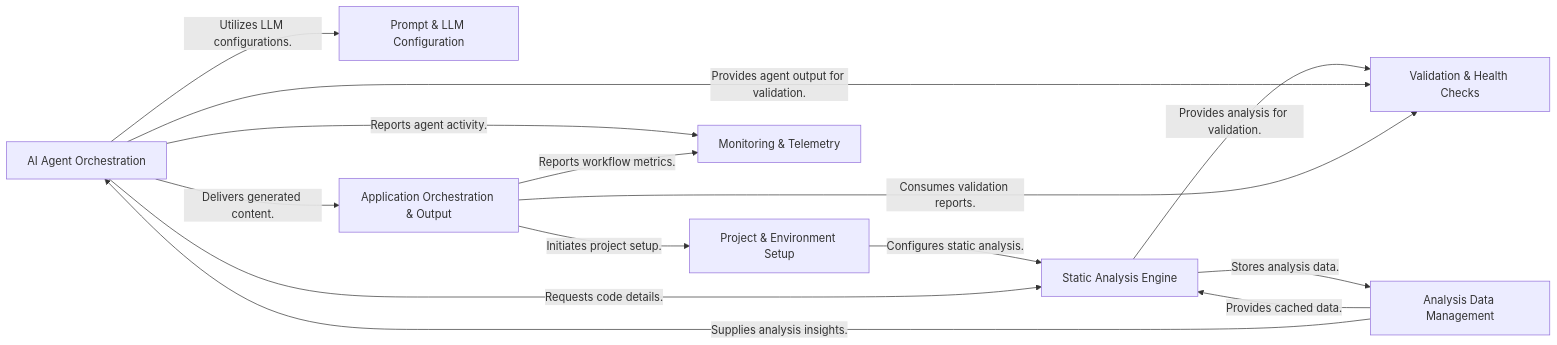
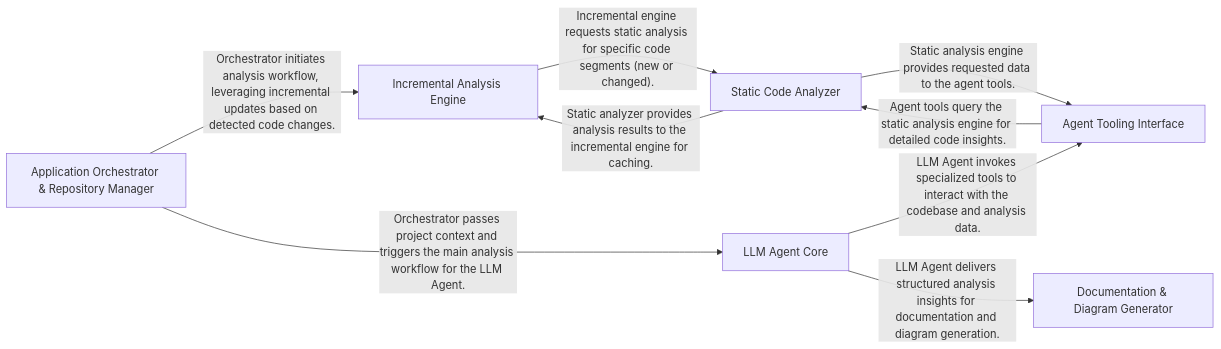
Before and after one commit to CodeBoarding/CodeBoarding: the diagram in .codeboarding/overview.md, drawn with Mermaid. The commit also changed other lines of this file and 40 other files, not shown here.

First line of the commit message:
docs: update codeboarding documentation

````diff
--- a/.codeboarding/overview.md
+++ b/.codeboarding/overview.md
@@ -1,32 +1,23 @@
 ```mermaid
 graph LR
-    AI_Agent_Orchestration["AI Agent Orchestration"]
-    Prompt_LLM_Configuration["Prompt & LLM Configuration"]
-    Static_Analysis_Engine["Static Analysis Engine"]
-    Analysis_Data_Management["Analysis Data Management"]
-    Project_Environment_Setup["Project & Environment Setup"]
-    Application_Orchestration_Output["Application Orchestration & Output"]
-    Validation_Health_Checks["Validation & Health Checks"]
-    Monitoring_Telemetry["Monitoring & Telemetry"]
-    Application_Orchestration_Output -- "Initiates project setup." --> Project_Environment_Setup
-    Project_Environment_Setup -- "Configures static analysis." --> Static_Analysis_Engine
-    Static_Analysis_Engine -- "Stores analysis data." --> Analysis_Data_Management
-    Analysis_Data_Management -- "Provides cached data." --> Static_Analysis_Engine
-    Analysis_Data_Management -- "Supplies analysis insights." --> AI_Agent_Orchestration
-    AI_Agent_Orchestration -- "Requests code details." --> Static_Analysis_Engine
-    AI_Agent_Orchestration -- "Utilizes LLM configurations." --> Prompt_LLM_Configuration
-    AI_Agent_Orchestration -- "Delivers generated content." --> Application_Orchestration_Output
-    Static_Analysis_Engine -- "Provides analysis for validation." --> Validation_Health_Checks
-    AI_Agent_Orchestration -- "Provides agent output for validation." --> Validation_Health_Checks
-    Application_Orchestration_Output -- "Consumes validation reports." --> Validation_Health_Checks
-    AI_Agent_Orchestration -- "Reports agent activity." --> Monitoring_Telemetry
-    Application_Orchestration_Output -- "Reports workflow metrics." --> Monitoring_Telemetry
-    click AI_Agent_Orchestration href "https://github.com/CodeBoarding/CodeBoarding/blob/main/.codeboarding/AI_Agent_Orchestration.md" "Details"
-    click Prompt_LLM_Configuration href "https://github.com/CodeBoarding/CodeBoarding/blob/main/.codeboarding/Prompt_LLM_Configuration.md" "Details"
-    click Static_Analysis_Engine href "https://github.com/CodeBoarding/CodeBoarding/blob/main/.codeboarding/Static_Analysis_Engine.md" "Details"
-    click Analysis_Data_Management href "https://github.com/CodeBoarding/CodeBoarding/blob/main/.codeboarding/Analysis_Data_Management.md" "Details"
-    click Project_Environment_Setup href "https://github.com/CodeBoarding/CodeBoarding/blob/main/.codeboarding/Project_Environment_Setup.md" "Details"
-    click Application_Orchestration_Output href "https://github.com/CodeBoarding/CodeBoarding/blob/main/.codeboarding/Application_Orchestration_Output.md" "Details"
-    click Validation_Health_Checks href "https://github.com/CodeBoarding/CodeBoarding/blob/main/.codeboarding/Validation_Health_Checks.md" "Details"
-    click Monitoring_Telemetry href "https://github.com/CodeBoarding/CodeBoarding/blob/main/.codeboarding/Monitoring_Telemetry.md" "Details"
+    Application_Orchestrator_Repository_Manager["Application Orchestrator & Repository Manager"]
+    LLM_Agent_Core["LLM Agent Core"]
+    Static_Code_Analyzer["Static Code Analyzer"]
+    Agent_Tooling_Interface["Agent Tooling Interface"]
+    Incremental_Analysis_Engine["Incremental Analysis Engine"]
+    Documentation_Diagram_Generator["Documentation & Diagram Generator"]
+    Application_Orchestrator_Repository_Manager -- "Orchestrator initiates analysis workflow, leveraging incremental updates based on detected code changes." --> Incremental_Analysis_Engine
+    Application_Orchestrator_Repository_Manager -- "Orchestrator passes project context and triggers the main analysis workflow for the LLM Agent." --> LLM_Agent_Core
+    Incremental_Analysis_Engine -- "Incremental engine requests static analysis for specific code segments (new or changed)." --> Static_Code_Analyzer
+    Static_Code_Analyzer -- "Static analyzer provides analysis results to the incremental engine for caching." --> Incremental_Analysis_Engine
+    LLM_Agent_Core -- "LLM Agent invokes specialized tools to interact with the codebase and analysis data." --> Agent_Tooling_Interface
+    Agent_Tooling_Interface -- "Agent tools query the static analysis engine for detailed code insights." --> Static_Code_Analyzer
+    Static_Code_Analyzer -- "Static analysis engine provides requested data to the agent tools." --> Agent_Tooling_Interface
+    LLM_Agent_Core -- "LLM Agent delivers structured analysis insights for documentation and diagram generation." --> Documentation_Diagram_Generator
+    click Application_Orchestrator_Repository_Manager href "https://github.com/CodeBoarding/CodeBoarding/blob/main/.codeboarding/Application_Orchestrator_Repository_Manager.md" "Details"
+    click LLM_Agent_Core href "https://github.com/CodeBoarding/CodeBoarding/blob/main/.codeboarding/LLM_Agent_Core.md" "Details"
+    click Static_Code_Analyzer href "https://github.com/CodeBoarding/CodeBoarding/blob/main/.codeboarding/Static_Code_Analyzer.md" "Details"
+    click Agent_Tooling_Interface href "https://github.com/CodeBoarding/CodeBoarding/blob/main/.codeboarding/Agent_Tooling_Interface.md" "Details"
+    click Incremental_Analysis_Engine href "https://github.com/CodeBoarding/CodeBoarding/blob/main/.codeboarding/Incremental_Analysis_Engine.md" "Details"
+    click Documentation_Diagram_Generator href "https://github.com/CodeBoarding/CodeBoarding/blob/main/.codeboarding/Documentation_Diagram_Generator.md" "Details"
 ```
````
